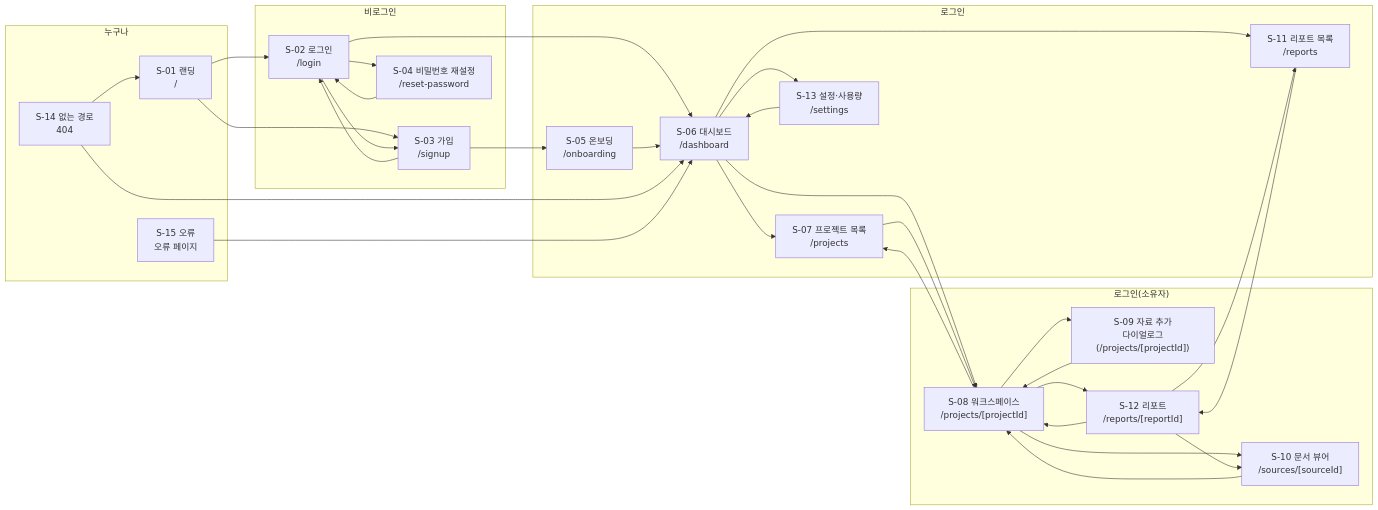
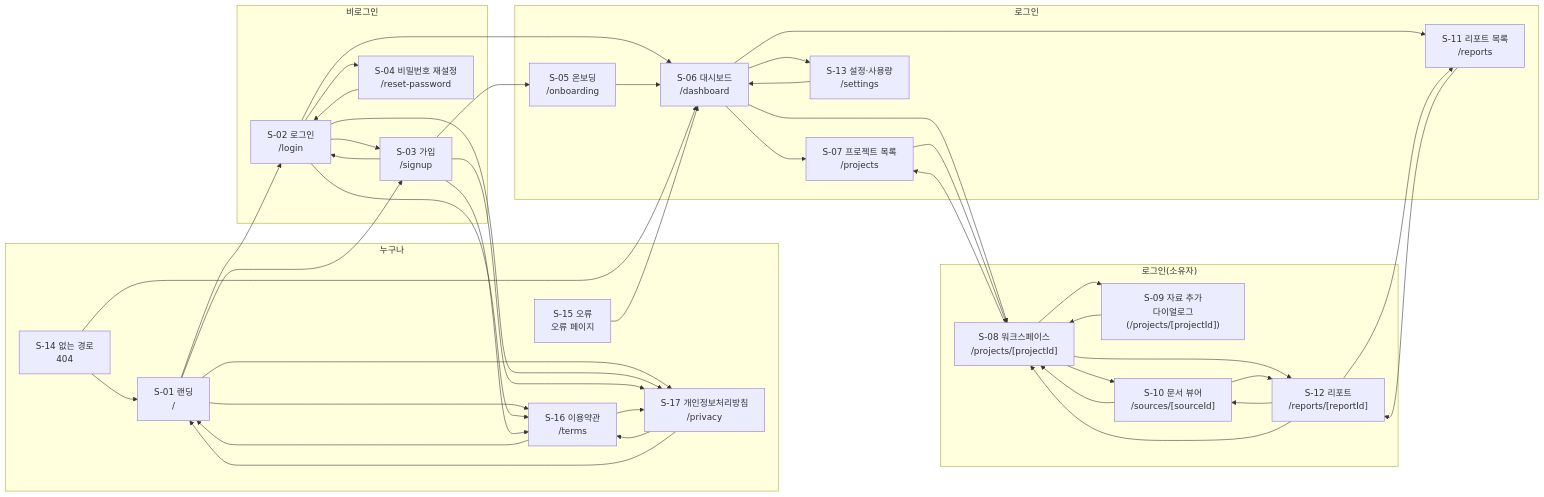
The diagram in docs/diagrams/sitemap.mmd (DevOps0906/KNOWFLOW-AI), drawn with Mermaid before and after one commit. The commit also changed 47 other files, not shown here.

```diff
--- a/docs/diagrams/sitemap.mmd
+++ b/docs/diagrams/sitemap.mmd
@@ -1,52 +1,65 @@
 flowchart LR
   subgraph g0["누구나"]
     n_S_01["S-01 랜딩<br/>/"]
     n_S_14["S-14 없는 경로<br/>404"]
     n_S_15["S-15 오류<br/>오류 페이지"]
+    n_S_16["S-16 이용약관<br/>/terms"]
+    n_S_17["S-17 개인정보처리방침<br/>/privacy"]
   end
   subgraph g1["비로그인"]
     n_S_02["S-02 로그인<br/>/login"]
     n_S_03["S-03 가입<br/>/signup"]
     n_S_04["S-04 비밀번호 재설정<br/>/reset-password"]
   end
   subgraph g2["로그인"]
     n_S_05["S-05 온보딩<br/>/onboarding"]
     n_S_06["S-06 대시보드<br/>/dashboard"]
     n_S_07["S-07 프로젝트 목록<br/>/projects"]
     n_S_11["S-11 리포트 목록<br/>/reports"]
     n_S_13["S-13 설정·사용량<br/>/settings"]
   end
   subgraph g3["로그인(소유자)"]
     n_S_08["S-08 워크스페이스<br/>/projects/[projectId]"]
     n_S_09["S-09 자료 추가<br/>다이얼로그(/projects/[projectId])"]
     n_S_10["S-10 문서 뷰어<br/>/sources/[sourceId]"]
     n_S_12["S-12 리포트<br/>/reports/[reportId]"]
   end
   n_S_01 --> n_S_02
   n_S_01 --> n_S_03
+  n_S_01 --> n_S_16
+  n_S_01 --> n_S_17
   n_S_02 --> n_S_06
   n_S_02 --> n_S_03
   n_S_02 --> n_S_04
+  n_S_02 --> n_S_16
+  n_S_02 --> n_S_17
   n_S_03 --> n_S_05
   n_S_03 --> n_S_02
+  n_S_03 --> n_S_16
+  n_S_03 --> n_S_17
   n_S_04 --> n_S_02
   n_S_05 --> n_S_06
   n_S_06 --> n_S_07
   n_S_06 --> n_S_08
   n_S_06 --> n_S_11
   n_S_06 --> n_S_13
   n_S_07 --> n_S_08
   n_S_08 --> n_S_09
   n_S_08 --> n_S_10
   n_S_08 --> n_S_12
   n_S_08 --> n_S_07
   n_S_09 --> n_S_08
   n_S_10 --> n_S_08
+  n_S_10 --> n_S_12
   n_S_11 --> n_S_12
   n_S_12 --> n_S_10
   n_S_12 --> n_S_11
   n_S_12 --> n_S_08
   n_S_13 --> n_S_06
   n_S_14 --> n_S_06
   n_S_14 --> n_S_01
   n_S_15 --> n_S_06
+  n_S_16 --> n_S_17
+  n_S_16 --> n_S_01
+  n_S_17 --> n_S_16
+  n_S_17 --> n_S_01
```
